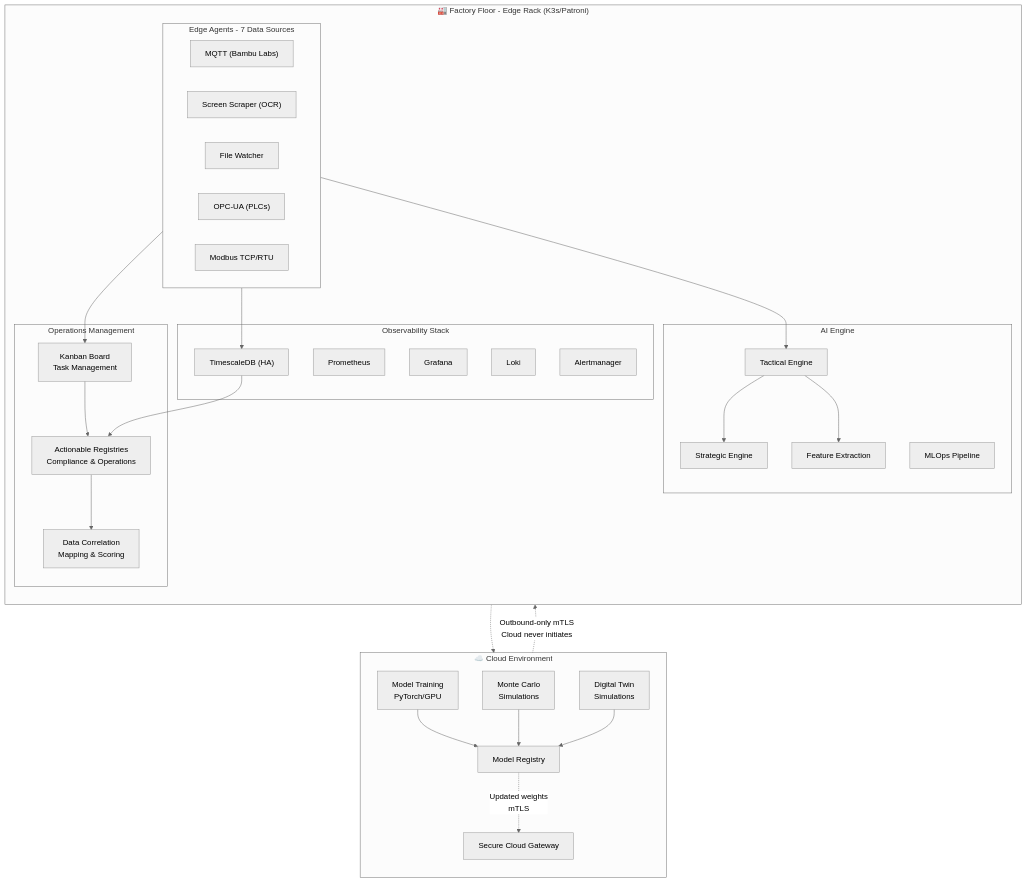
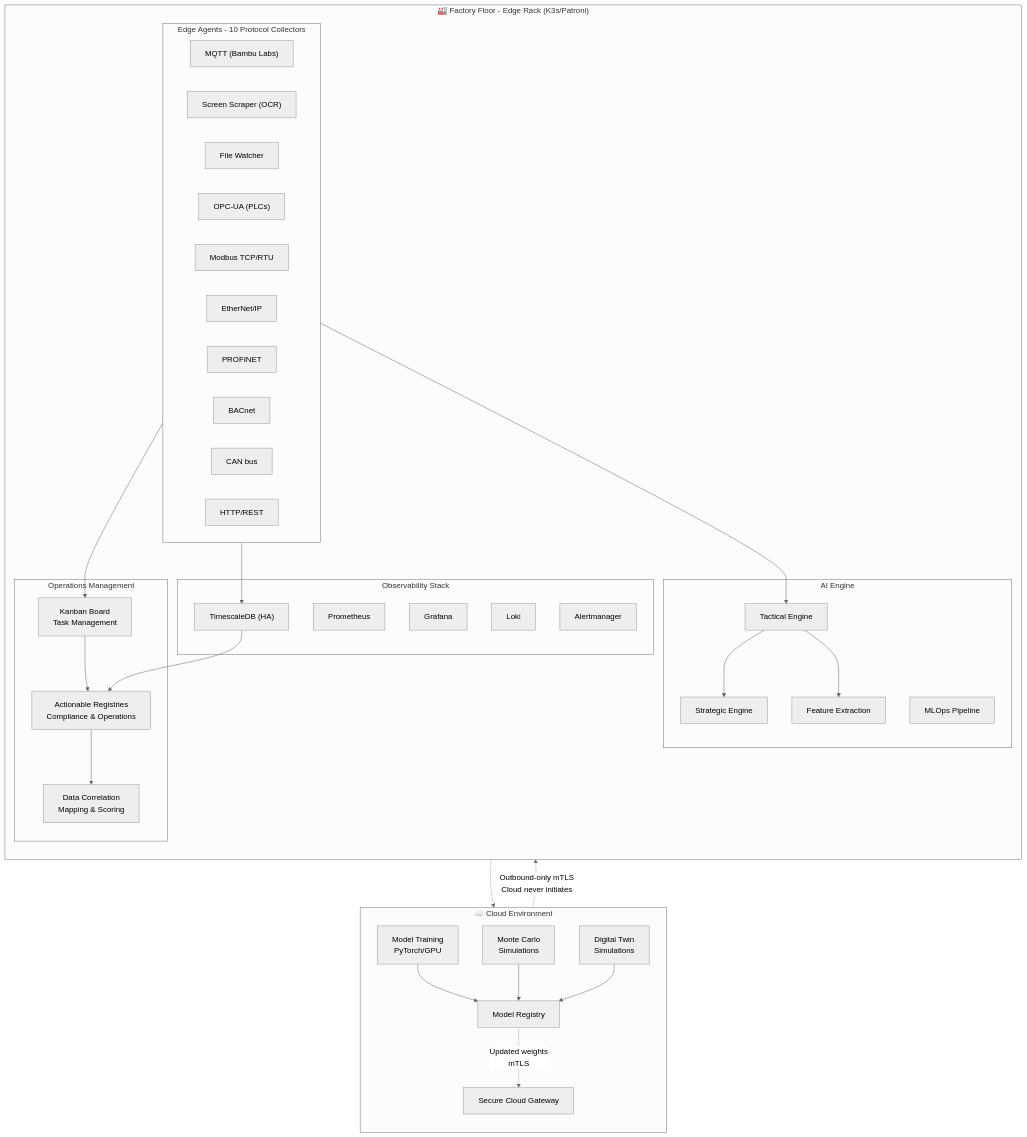
One commit to SoundSafe-Dev/OmniusGrid-X changed the first of 3 diagrams in README.md. Above: the diagram before and after it, drawn with Mermaid (neutral theme). The commit also changed other lines of this file, not shown here.

````diff
--- a/README.md
+++ b/README.md
@@ -44,59 +44,64 @@
 ```mermaid
 flowchart TB
     subgraph CLOUD["☁️ Cloud Environment"]
         direction TB
         MT["Model Training<br/>PyTorch/GPU"]
         MC["Monte Carlo<br/>Simulations"]
         DT["Digital Twin<br/>Simulations"]
         MR["Model Registry"]
         CG["Secure Cloud Gateway"]
         MT --> MR
         MC --> MR
         DT --> MR
     end
 
     MR -. "Updated weights<br/>mTLS" .-> CG
 
     subgraph EDGE["🏭 Factory Floor - Edge Rack (K3s/Patroni)"]
         direction TB
         subgraph OBS["Observability Stack"]
             PROM["Prometheus"]
             GRAF["Grafana"]
             LOKI["Loki"]
             ALERT["Alertmanager"]
             TSDB["TimescaleDB (HA)"]
         end
 
         subgraph AI["AI Engine"]
             TACT["Tactical Engine"]
             STRAT["Strategic Engine"]
             MLOPS["MLOps Pipeline"]
             FEAT["Feature Extraction"]
         end
 
-        subgraph AGENTS["Edge Agents - 7 Data Sources"]
+        subgraph AGENTS["Edge Agents - 10 Protocol Collectors"]
             MQTT["MQTT (Bambu Labs)"]
             SCRAPER["Screen Scraper (OCR)"]
             FILE["File Watcher"]
             OPC["OPC-UA (PLCs)"]
             MODBUS["Modbus TCP/RTU"]
+            EIP["EtherNet/IP"]
+            PROFI["PROFINET"]
+            BACNET["BACnet"]
+            CANBUS["CAN bus"]
+            HTTP["HTTP/REST"]
         end
 
         subgraph OPS["Operations Management"]
             KANBAN["Kanban Board<br/>Task Management"]
             REG["Actionable Registries<br/>Compliance & Operations"]
             CORR["Data Correlation<br/>Mapping & Scoring"]
         end
     end
 
     CG -. "Outbound-only mTLS<br/>Cloud never initiates" .-> EDGE
     AGENTS --> TACT
     AGENTS --> TSDB
     AGENTS --> KANBAN
     TACT --> STRAT
     TACT --> FEAT
     FEAT -.-> CG
     KANBAN --> REG
     REG --> CORR
     TSDB --> REG
 ```
````
